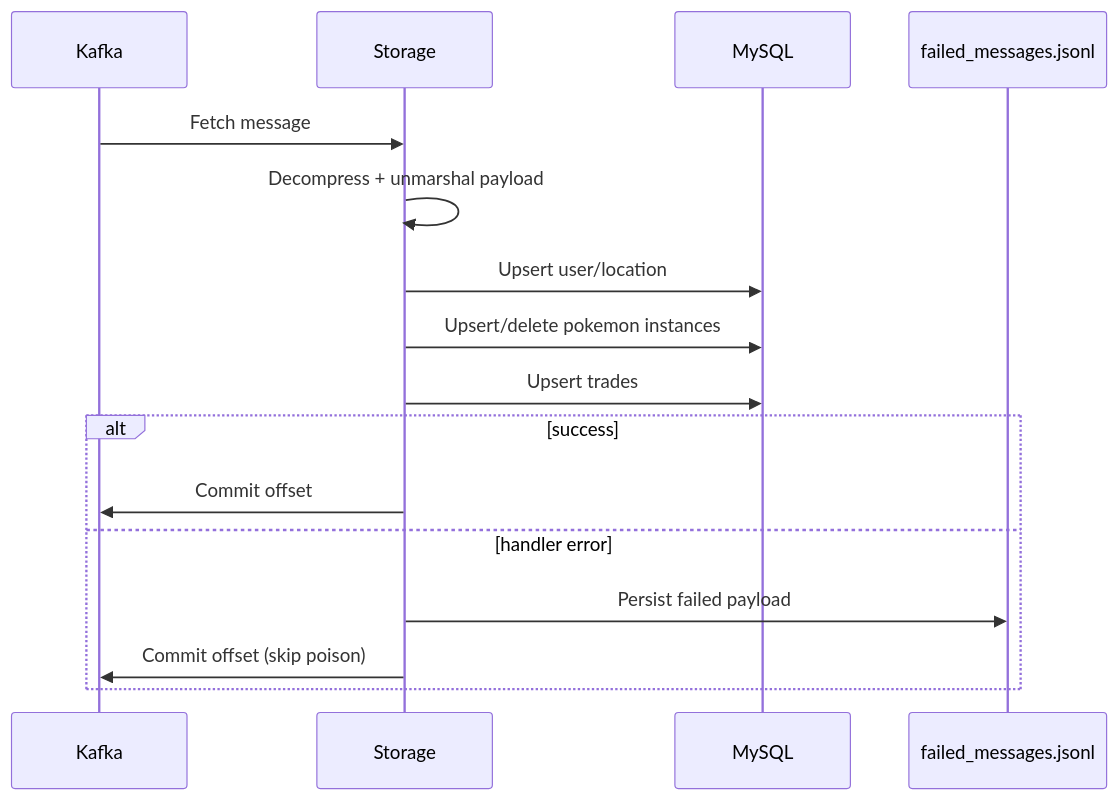
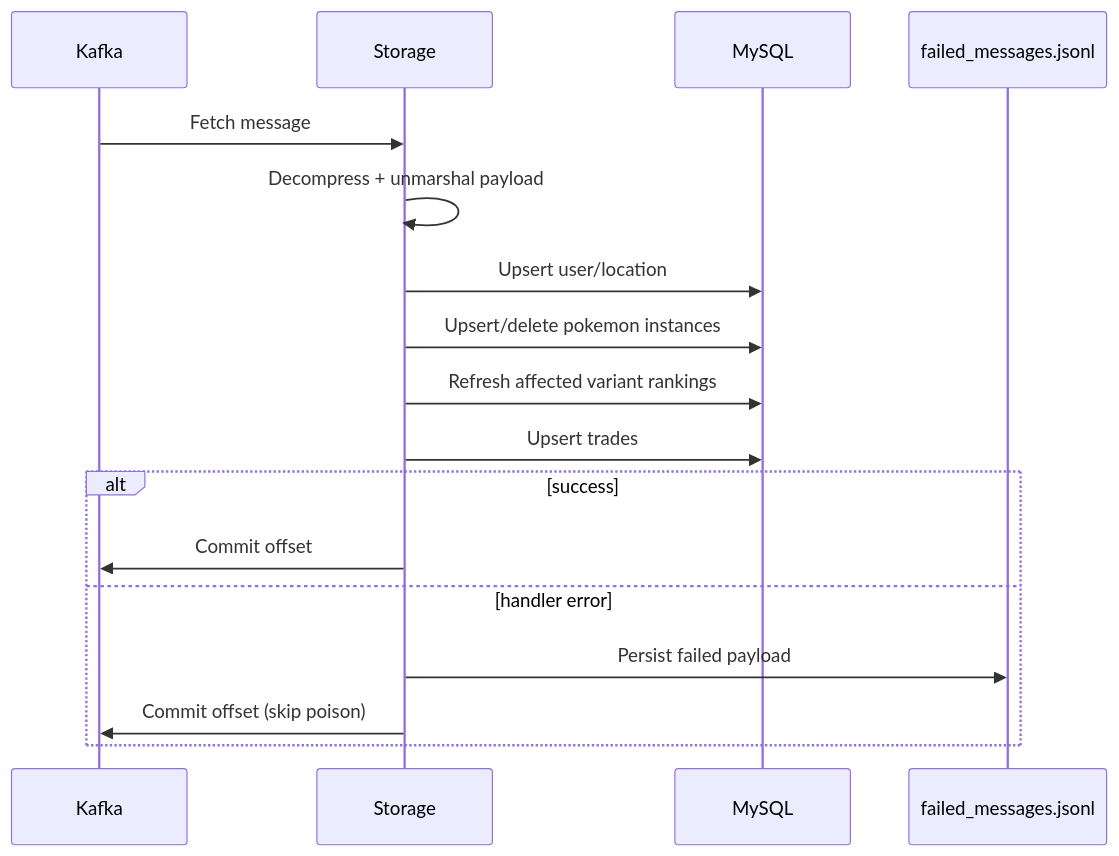
One commit to AdamWentworth/Go changed the second of 6 diagrams in storage/README.md. Above: the diagram before and after it, drawn with Mermaid. The commit also changed other lines of this file and 17 other files, not shown here.

````diff
--- a/storage/README.md
+++ b/storage/README.md
@@ -35,20 +38,21 @@
 ```mermaid
 sequenceDiagram
   participant K as Kafka
   participant S as Storage
   participant D as MySQL
   participant F as failed_messages.jsonl
 
   K->>S: Fetch message
   S->>S: Decompress + unmarshal payload
   S->>D: Upsert user/location
   S->>D: Upsert/delete pokemon instances
+  S->>D: Refresh affected variant rankings
   S->>D: Upsert trades
 
   alt success
     S->>K: Commit offset
   else handler error
     S->>F: Persist failed payload
     S->>K: Commit offset (skip poison)
   end
 ```
````
